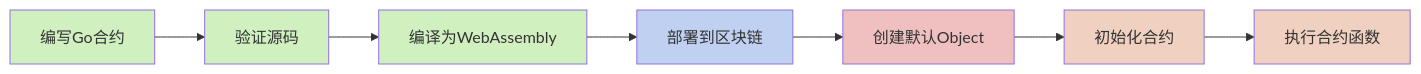
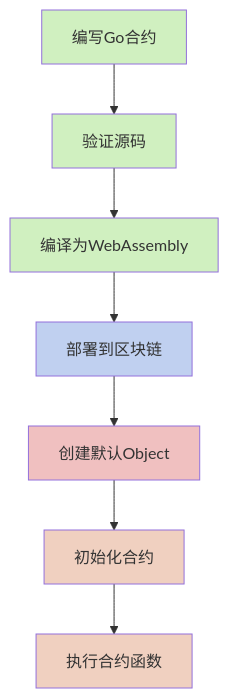
Before and after one commit to govm-net/vm: the first of 6 diagrams in docs/wasm_contract_execution.md, drawn with Mermaid. The commit also changed other lines of this file and 4 other files, not shown here.

````diff
--- a/docs/wasm_contract_execution.md
+++ b/docs/wasm_contract_execution.md
@@ -9,17 +9,17 @@
 ```mermaid
-flowchart LR
+flowchart TB
     A[编写Go合约] --> B[验证源码]
     B --> C[编译为WebAssembly]
     C --> D[部署到区块链]
     D --> E1[创建默认Object]
     E1 --> E2[初始化合约]
     E2 --> F[执行合约函数]
     
     style A fill:#d0f0c0
     style B fill:#d0f0c0
     style C fill:#d0f0c0
     style D fill:#c0d0f0
     style E1 fill:#f0c0c0
     style E2 fill:#f0d0c0
     style F fill:#f0d0c0
 ```
````
